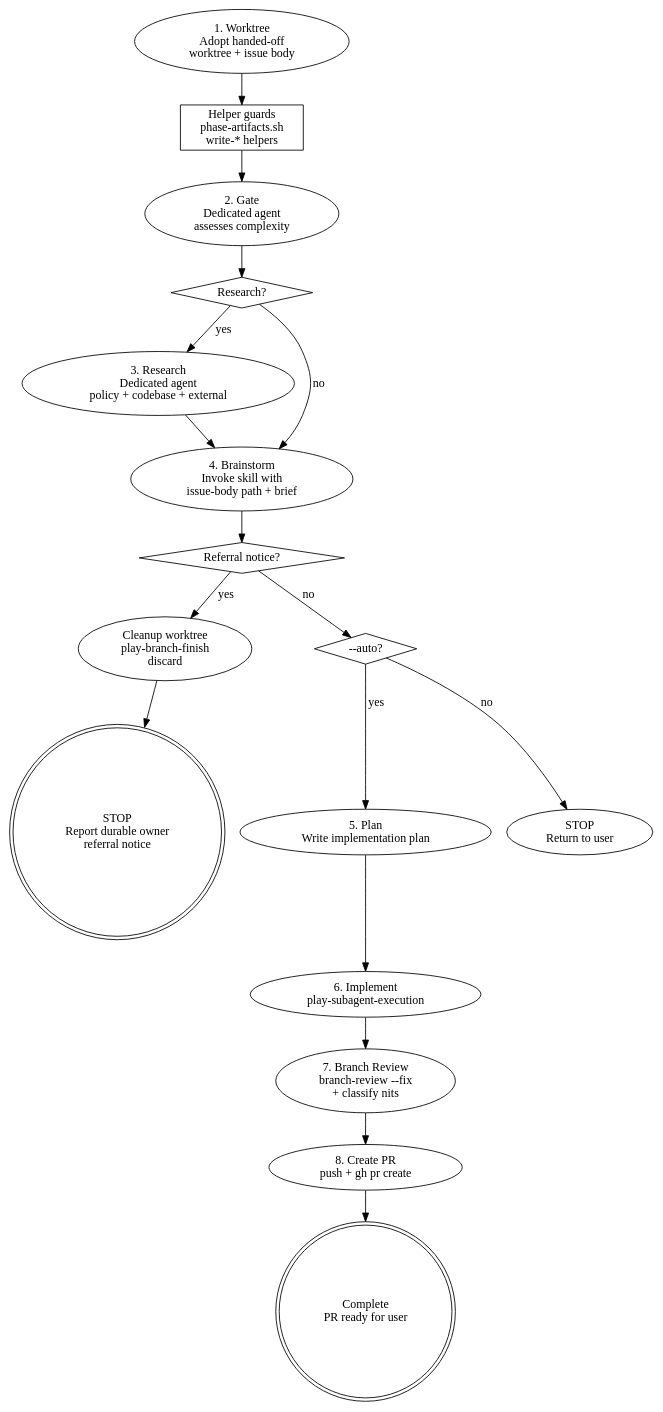
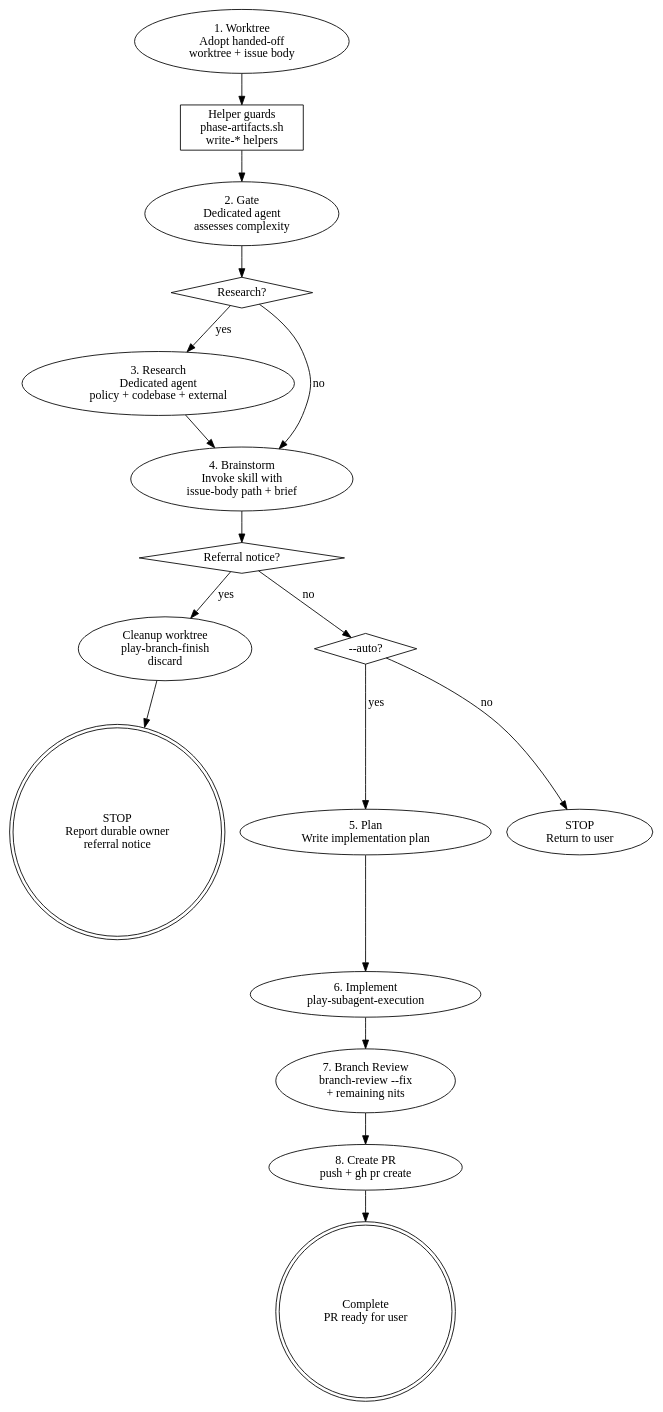
One commit to ryumiel/devcanon changed the diagram in skills/issue-priming-workflow/references/workflow-diagram.md. Above: the diagram before and after it, drawn with Graphviz. The commit also changed 33 other files, not shown here.

First line of the commit message:
fix(skills): require branch review before finish (#488)

````diff
--- a/skills/issue-priming-workflow/references/workflow-diagram.md
+++ b/skills/issue-priming-workflow/references/workflow-diagram.md
@@ -6,33 +6,33 @@
 ```dot
 digraph priming {
   rankdir=TB;
   worktree [label="1. Worktree\nAdopt handed-off\nworktree + issue body"];
   helpers [label="Helper guards\nphase-artifacts.sh\nwrite-* helpers", shape=box];
   gate [label="2. Gate\nDedicated agent\nassesses complexity"];
   decide [label="Research?", shape=diamond];
   research [label="3. Research\nDedicated agent\npolicy + codebase + external"];
   brainstorm [label="4. Brainstorm\nInvoke skill with\nissue-body path + brief"];
   referral_check [label="Referral notice?", shape=diamond];
   cleanup [label="Cleanup worktree\nplay-branch-finish\ndiscard"];
   referral [label="STOP\nReport durable owner\nreferral notice", shape=doublecircle];
   auto_check [label="--auto?", shape=diamond];
   plan [label="5. Plan\nWrite implementation plan"];
   implement [label="6. Implement\nplay-subagent-execution"];
   stop_interactive [label="STOP\nReturn to user"];
 
   worktree -> helpers -> gate -> decide;
   decide -> research [label="yes"];
   decide -> brainstorm [label="no"];
   research -> brainstorm;
   brainstorm -> referral_check;
   referral_check -> cleanup [label="yes"];
   cleanup -> referral;
   referral_check -> auto_check [label="no"];
   auto_check -> plan [label="yes"];
   auto_check -> stop_interactive [label="no"];
   plan -> implement -> review -> create_pr -> done;
-  review [label="7. Branch Review\nbranch-review --fix\n+ classify nits"];
+  review [label="7. Branch Review\nbranch-review --fix\n+ remaining nits"];
   create_pr [label="8. Create PR\npush + gh pr create"];
   done [label="Complete\nPR ready for user", shape=doublecircle];
 }
 ```
````
